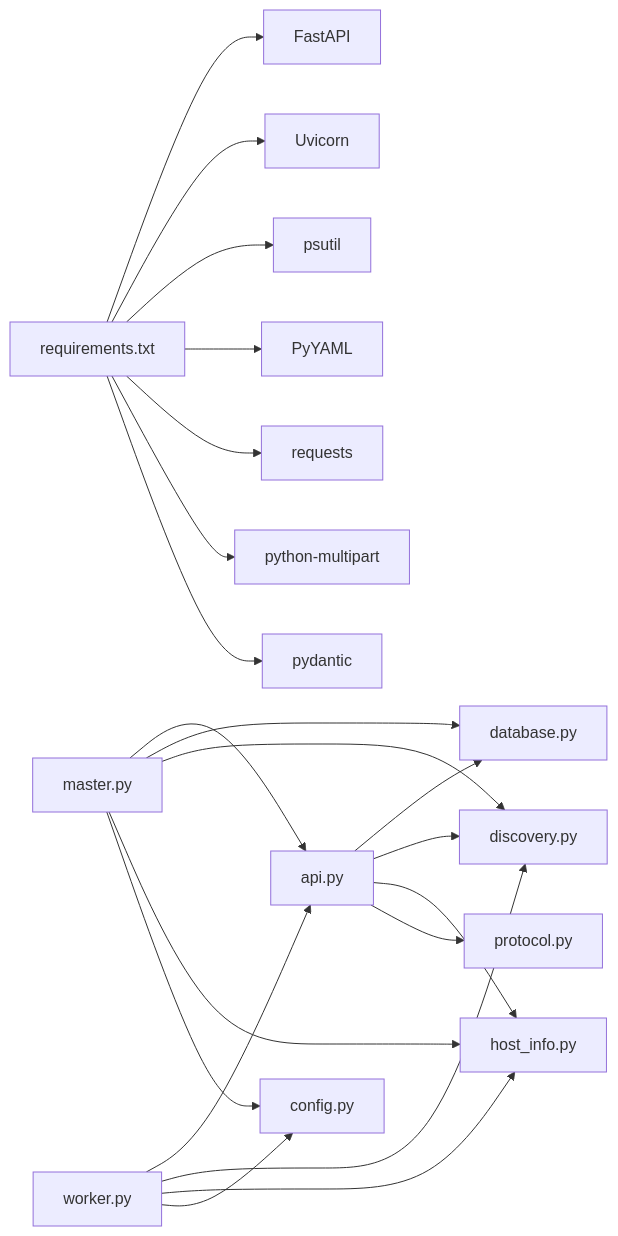
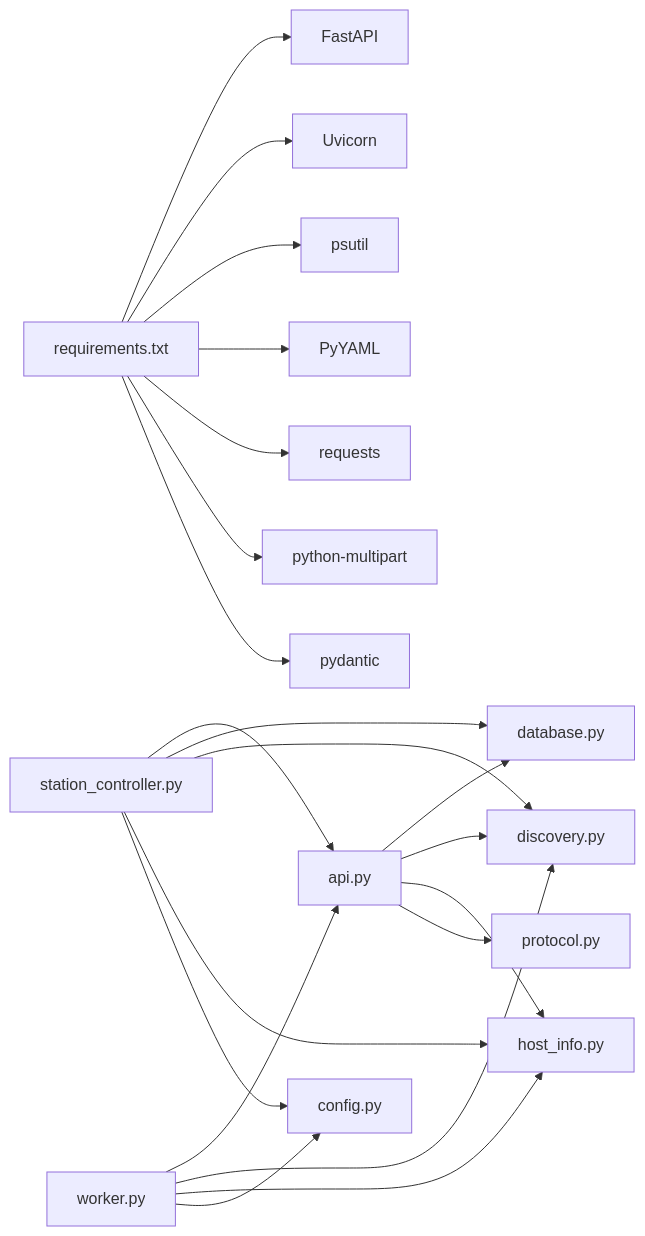
One commit to targalian/Personal-distributed-workstation changed the third of 3 diagrams in .qoder/repowiki/zh/content/部署指南/监控与维护.md. Above: the diagram before and after it, drawn with Mermaid. The commit also changed other lines of this file and 63 other files, not shown here.

Commit message:
docs(station): 同步 repo wiki 至 station_controller/station_api 架构

````diff
--- a/.qoder/repowiki/zh/content/部署指南/监控与维护.md
+++ b/.qoder/repowiki/zh/content/部署指南/监控与维护.md
@@ -246,23 +246,23 @@
 ```mermaid
 graph LR
 REQ["requirements.txt"] --> FAST["FastAPI"]
 REQ --> UVIC["Uvicorn"]
 REQ --> PS["psutil"]
 REQ --> PY["PyYAML"]
 REQ --> REQMOD["requests"]
 REQ --> MP["python-multipart"]
 REQ --> PD["pydantic"]
-MASTER["master.py"] --> API["api.py"]
+MASTER["station_controller.py"] --> API["api.py"]
 MASTER --> DB["database.py"]
 MASTER --> DISC["discovery.py"]
 MASTER --> HOST["host_info.py"]
 MASTER --> CONF["config.py"]
 WORKER["worker.py"] --> API
 WORKER --> DISC
 WORKER --> HOST
 WORKER --> CONF
 API --> DB
 API --> DISC
 API --> HOST
 API --> PROT["protocol.py"]
 ```
````
